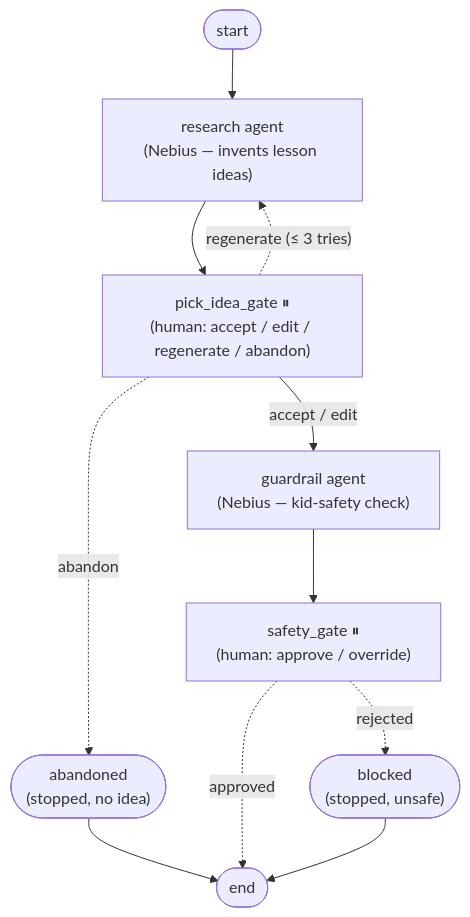
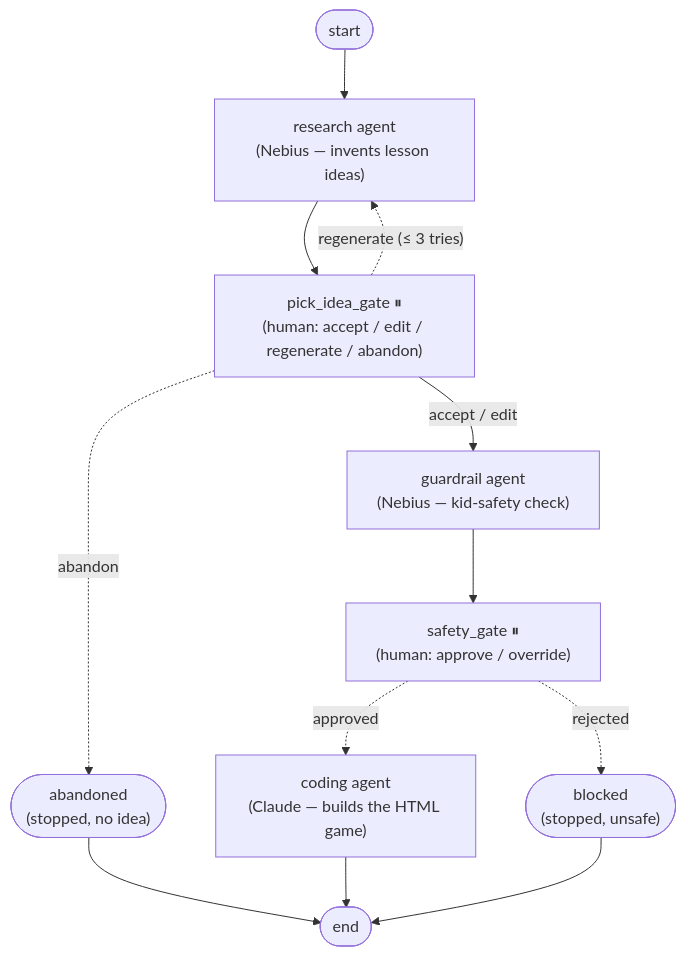
The diagram in README.md (saravanan155/learnWithSpark), drawn with Mermaid before and after one commit. The commit also changed other lines of this file and 7 other files, not shown here.

First line of the commit message:
B9: coding agent (Claude) — generates the game (interim HTML)

````diff
--- a/README.md
+++ b/README.md
@@ -16,13 +16,14 @@
 ```mermaid
 graph TD;
     START([start]) --> research["research agent<br/>(Nebius — invents lesson ideas)"];
     research --> pick["pick_idea_gate ⏸<br/>(human: accept / edit / regenerate / abandon)"];
     pick -. "regenerate (≤ 3 tries)" .-> research;
     pick -. abandon .-> abandoned(["abandoned<br/>(stopped, no idea)"]);
     pick -- "accept / edit" --> guardrail["guardrail agent<br/>(Nebius — kid-safety check)"];
     guardrail --> safety["safety_gate ⏸<br/>(human: approve / override)"];
-    safety -. approved .-> END([end]);
+    safety -. approved .-> coding["coding agent<br/>(Claude — builds the HTML game)"];
     safety -. rejected .-> blocked(["blocked<br/>(stopped, unsafe)"]);
+    coding --> END([end]);
     abandoned --> END;
     blocked --> END;
 ```
````
